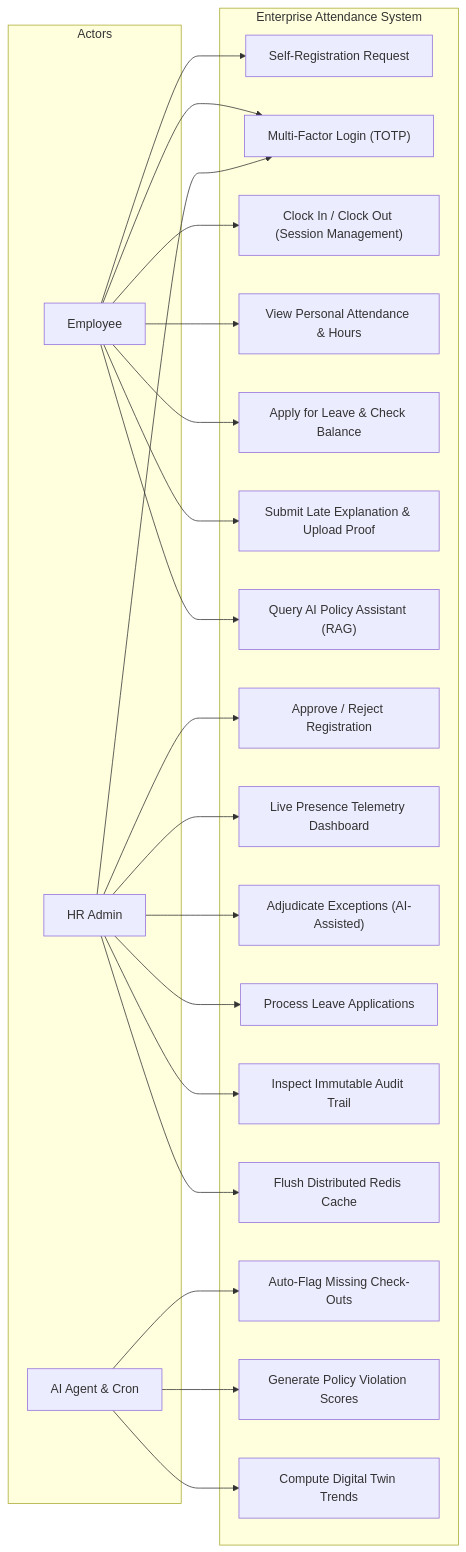
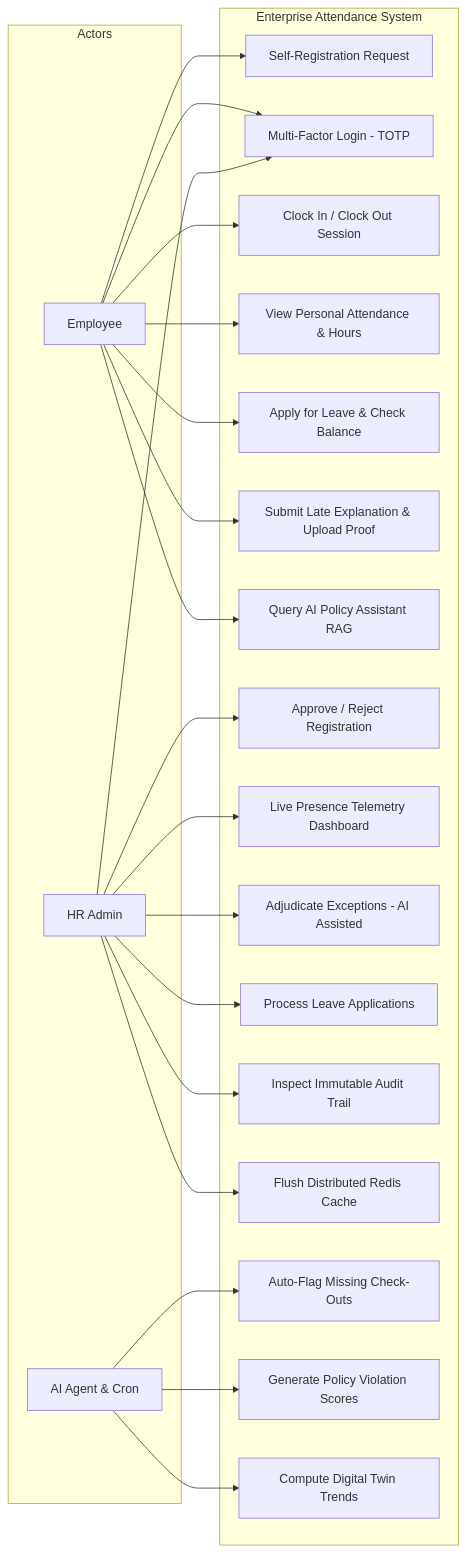
One commit to Abhiroop001/Inner-eye-attendance-system changed the second of 18 diagrams in README.md. Above: the diagram before and after it, drawn with Mermaid. The commit also changed other lines of this file, not shown here.

Commit message:
docs: Sanitize Mermaid diagram subgraphs and labels for 100% GitHub markdown renderer compatibility

````diff
--- a/README.md
+++ b/README.md
@@ -101,49 +101,49 @@
 ```mermaid
 flowchart LR
-    subgraph Actors [Actors]
+    subgraph Actors ["Actors"]
         EmployeeActor["Employee"]
         HRActor["HR Admin"]
         SystemActor["AI Agent & Cron"]
     end
 
-    subgraph AttendanceSystem [Enterprise Attendance System]
+    subgraph AttendanceSystem ["Enterprise Attendance System"]
         UC1["Self-Registration Request"]
-        UC2["Multi-Factor Login (TOTP)"]
-        UC3["Clock In / Clock Out (Session Management)"]
+        UC2["Multi-Factor Login - TOTP"]
+        UC3["Clock In / Clock Out Session"]
         UC4["View Personal Attendance & Hours"]
         UC5["Apply for Leave & Check Balance"]
         UC6["Submit Late Explanation & Upload Proof"]
-        UC7["Query AI Policy Assistant (RAG)"]
+        UC7["Query AI Policy Assistant RAG"]
         
         UC8["Approve / Reject Registration"]
         UC9["Live Presence Telemetry Dashboard"]
-        UC10["Adjudicate Exceptions (AI-Assisted)"]
+        UC10["Adjudicate Exceptions - AI Assisted"]
         UC11["Process Leave Applications"]
         UC12["Inspect Immutable Audit Trail"]
         UC13["Flush Distributed Redis Cache"]
 
         UC14["Auto-Flag Missing Check-Outs"]
         UC15["Generate Policy Violation Scores"]
         UC16["Compute Digital Twin Trends"]
     end
 
     EmployeeActor --> UC1
     EmployeeActor --> UC2
     EmployeeActor --> UC3
     EmployeeActor --> UC4
     EmployeeActor --> UC5
     EmployeeActor --> UC6
     EmployeeActor --> UC7
 
     HRActor --> UC2
     HRActor --> UC8
     HRActor --> UC9
     HRActor --> UC10
     HRActor --> UC11
     HRActor --> UC12
     HRActor --> UC13
 
     SystemActor --> UC14
     SystemActor --> UC15
     SystemActor --> UC16
 ```
````
